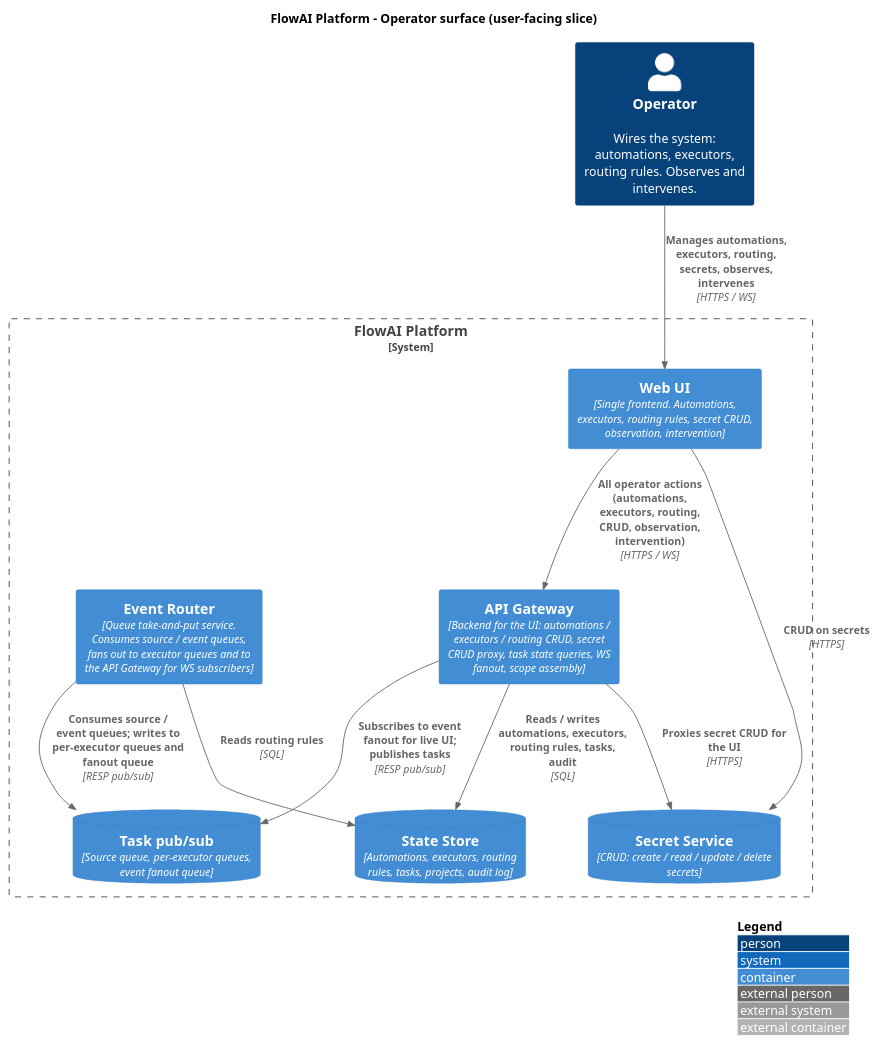
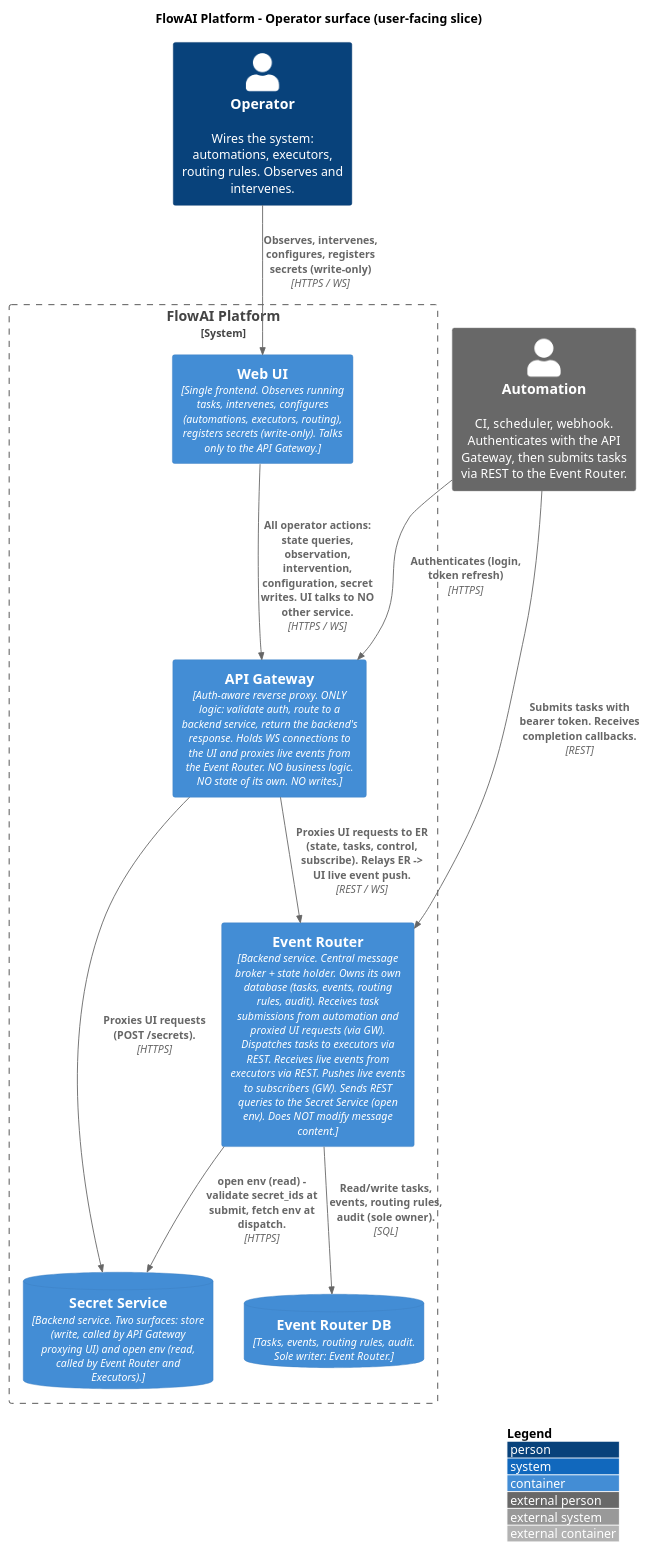
Before and after one commit to pandops/flowai: the diagram in docs/architecture/diagrams/03-operator-surface.puml, drawn with PlantUML. The commit also changed 2 other files, not shown here.

Commit message:
docs(architecture): update C4 diagrams for auth-proxy and no-queue model
Reflect the architectural changes in the C4-level views:

02-containers.puml (runtime slice): remove all queue elements; add Event Router DB; show GW as an auth+route proxy that only proxies UI requests to backend services; SS note now states GW does not call open env anymore (no business logic).

03-operator-surface.puml (operator surface): UI talks to GW only; GW is an auth-aware reverse proxy (no state, no writes); automation authenticates with GW for a bearer token, then submits tasks directly to the Event Router.

06-state-task.puml: trigger labels updated to 'REST POST /tasks (automation -> Event Router)' and 'Event Router dispatches via REST to executor' — no more queue language.

Ultraworked with [Sisyphus](https://github.com/code-yeongyu/oh-my-openagent)

```diff
--- a/docs/architecture/diagrams/03-operator-surface.puml
+++ b/docs/architecture/diagrams/03-operator-surface.puml
@@ -1,29 +1,29 @@
 @startuml 03-operator-surface
 !include <c4/C4_Container>
 
 LAYOUT_TOP_DOWN()
 LAYOUT_WITH_LEGEND()
 
 title FlowAI Platform - Operator surface (user-facing slice)
 
 Person(operator, "Operator", "Wires the system: automations, executors, routing rules. Observes and intervenes.")
+Person_Ext(automation, "Automation", "CI, scheduler, webhook. Authenticates with the API Gateway, then submits tasks via REST to the Event Router.")
 
 System_Boundary(b1, "FlowAI Platform") {
-    Container(ui, "Web UI", "Single frontend. Automations, executors, routing rules, secret CRUD, observation, intervention")
-    Container(gw, "API Gateway", "Backend for the UI: automations / executors / routing CRUD, secret CRUD proxy, task state queries, WS fanout, scope assembly")
-    Container(er, "Event Router", "Queue take-and-put service. Consumes source / event queues, fans out to executor queues and to the API Gateway for WS subscribers")
-    ContainerDb(pg, "State Store", "Automations, executors, routing rules, tasks, projects, audit log")
-    ContainerDb(queue, "Task pub/sub", "Source queue, per-executor queues, event fanout queue")
-    ContainerDb(sec, "Secret Service", "CRUD: create / read / update / delete secrets")
+    Container(ui, "Web UI", "Single frontend. Observes running tasks, intervenes, configures (automations, executors, routing), registers secrets (write-only). Talks only to the API Gateway.")
+    Container(gw, "API Gateway", "Auth-aware reverse proxy. ONLY logic: validate auth, route to a backend service, return the backend's response. Holds WS connections to the UI and proxies live events from the Event Router. NO business logic. NO state of its own. NO writes.")
+    Container(er, "Event Router", "Backend service. Central message broker + state holder. Owns its own database (tasks, events, routing rules, audit). Receives task submissions from automation and proxied UI requests (via GW). Dispatches tasks to executors via REST. Receives live events from executors via REST. Pushes live events to subscribers (GW). Sends REST queries to the Secret Service (open env). Does NOT modify message content.")
+    ContainerDb(erdb, "Event Router DB", "Tasks, events, routing rules, audit. Sole writer: Event Router.")
+    ContainerDb(sec, "Secret Service", "Backend service. Two surfaces: store (write, called by API Gateway proxying UI) and open env (read, called by Event Router and Executors).")
 }
 
-Rel(operator, ui, "Manages automations, executors, routing, secrets, observes, intervenes", "HTTPS / WS")
-Rel(ui, gw, "All operator actions (automations, executors, routing, CRUD, observation, intervention)", "HTTPS / WS")
-Rel(ui, sec, "CRUD on secrets", "HTTPS")
-Rel(gw, pg, "Reads / writes automations, executors, routing rules, tasks, audit", "SQL")
-Rel(gw, queue, "Subscribes to event fanout for live UI; publishes tasks", "RESP pub/sub")
-Rel(gw, sec, "Proxies secret CRUD for the UI", "HTTPS")
-Rel(er, queue, "Consumes source / event queues; writes to per-executor queues and fanout queue", "RESP pub/sub")
-Rel_R(er, pg, "Reads routing rules", "SQL")
+Rel(operator, ui, "Observes, intervenes, configures, registers secrets (write-only)", "HTTPS / WS")
+Rel(ui, gw, "All operator actions: state queries, observation, intervention, configuration, secret writes. UI talks to NO other service.", "HTTPS / WS")
+Rel(automation, gw, "Authenticates (login, token refresh)", "HTTPS")
+Rel(automation, er, "Submits tasks with bearer token. Receives completion callbacks.", "REST")
+Rel(gw, er, "Proxies UI requests to ER (state, tasks, control, subscribe). Relays ER -> UI live event push.", "REST / WS")
+Rel(er, erdb, "Read/write tasks, events, routing rules, audit (sole owner).", "SQL")
+Rel(gw, sec, "Proxies UI requests (POST /secrets).", "HTTPS")
+Rel(er, sec, "open env (read) - validate secret_ids at submit, fetch env at dispatch.", "HTTPS")
 
 @enduml
```
